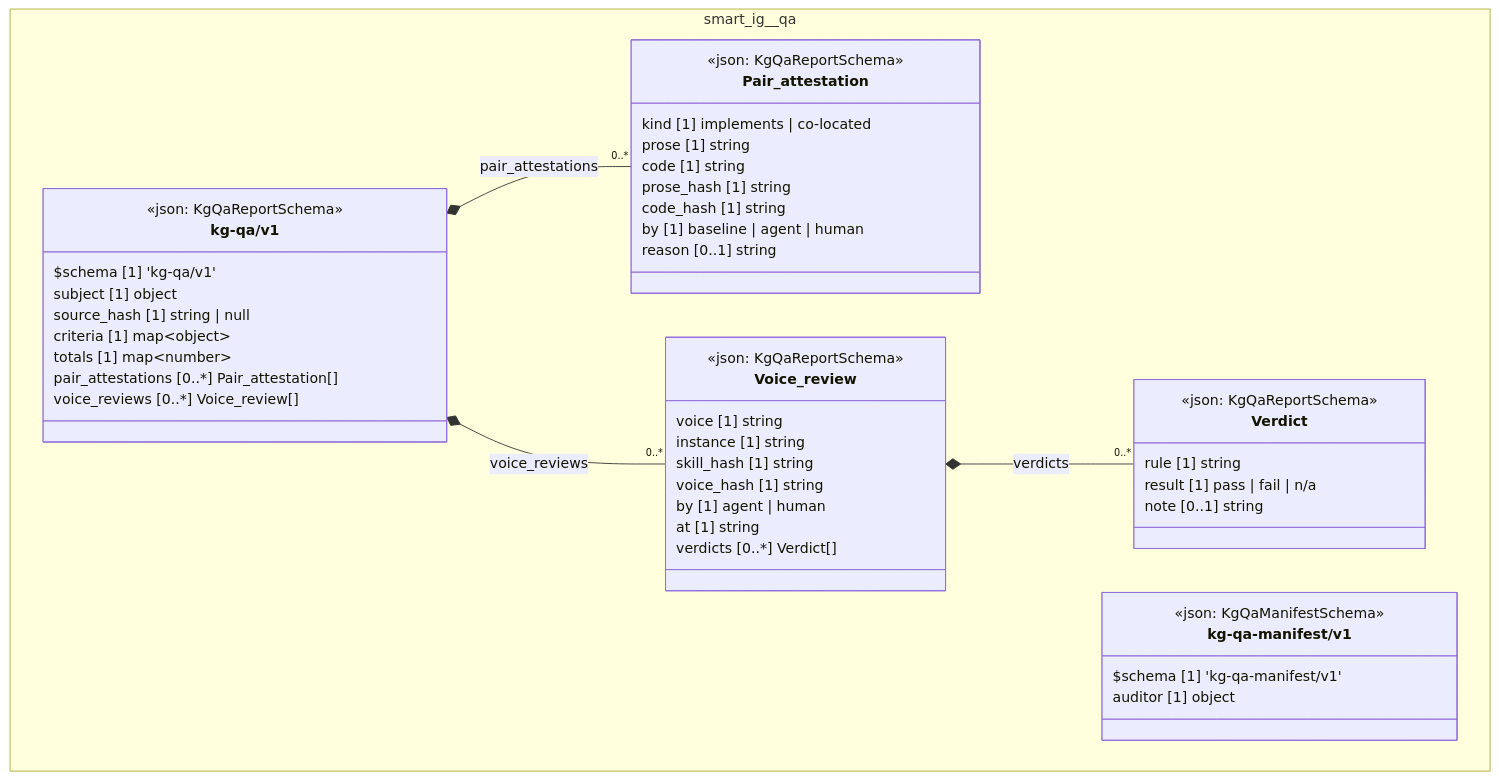
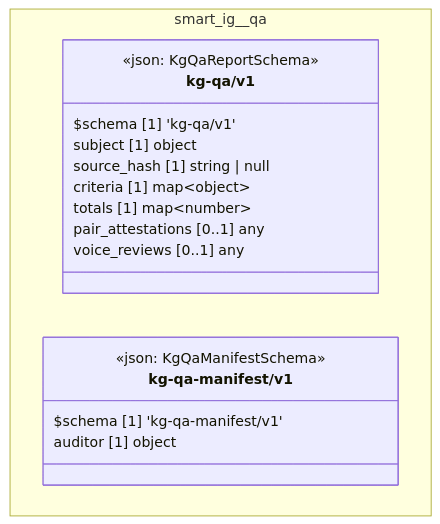
Before and after one commit to litlfred/folio-assistant: the diagram in cat-harness/docs/uml/overview/smart-ig.md, drawn with Mermaid. The commit also changed 234 other files, not shown here.

````diff
--- a/cat-harness/docs/uml/overview/smart-ig.md
+++ b/cat-harness/docs/uml/overview/smart-ig.md
@@ -42,55 +42,23 @@
 ```mermaid
 classDiagram
   direction TB
   namespace smart_ig__qa {
-    class smart_ig_qa_kg_qa_v1_Pair_attestation["Pair_attestation"] {
-      <<json: KgQaReportSchema>>
-      kind [1] implements | co-located
-      prose [1] string
-      code [1] string
-      prose_hash [1] string
-      code_hash [1] string
-      by [1] baseline | agent | human
-      reason [0..1] string
-    }
-    class smart_ig_qa_kg_qa_v1_Verdict["Verdict"] {
-      <<json: KgQaReportSchema>>
-      rule [1] string
-      result [1] pass | fail | n/a
-      note [0..1] string
-    }
-    class smart_ig_qa_kg_qa_v1_Voice_review["Voice_review"] {
-      <<json: KgQaReportSchema>>
-      voice [1] string
-      instance [1] string
-      skill_hash [1] string
-      voice_hash [1] string
-      by [1] agent | human
-      at [1] string
-      verdicts [0..*] Verdict[]
-    }
     class smart_ig_qa_kg_qa_v1_kg_qa_v1["kg-qa/v1"] {
       <<json: KgQaReportSchema>>
       $schema [1] 'kg-qa/v1'
       subject [1] object
       source_hash [1] string | null
       criteria [1] map~object~
       totals [1] map~number~
-      pair_attestations [0..*] Pair_attestation[]
-      voice_reviews [0..*] Voice_review[]
+      pair_attestations [0..1] any
+      voice_reviews [0..1] any
     }
     class smart_ig_qa_kg_qa_manifest_v1_kg_qa_manifest_v1["kg-qa-manifest/v1"] {
       <<json: KgQaManifestSchema>>
       $schema [1] 'kg-qa-manifest/v1'
       auditor [1] object
     }
   }
-  smart_ig_qa_kg_qa_v1_kg_qa_v1 *-- "0..*" smart_ig_qa_kg_qa_v1_Pair_attestation : pair_attestations
-  smart_ig_qa_kg_qa_v1_Voice_review *-- "0..*" smart_ig_qa_kg_qa_v1_Verdict : verdicts
-  smart_ig_qa_kg_qa_v1_kg_qa_v1 *-- "0..*" smart_ig_qa_kg_qa_v1_Voice_review : voice_reviews
-  cssClass "smart_ig_qa_kg_qa_v1_Pair_attestation" fa_uml_kind_qa
-  cssClass "smart_ig_qa_kg_qa_v1_Verdict" fa_uml_kind_qa
-  cssClass "smart_ig_qa_kg_qa_v1_Voice_review" fa_uml_kind_qa
   cssClass "smart_ig_qa_kg_qa_v1_kg_qa_v1" fa_uml_kind_qa
   cssClass "smart_ig_qa_kg_qa_manifest_v1_kg_qa_manifest_v1" fa_uml_kind_qa
 ```
````
